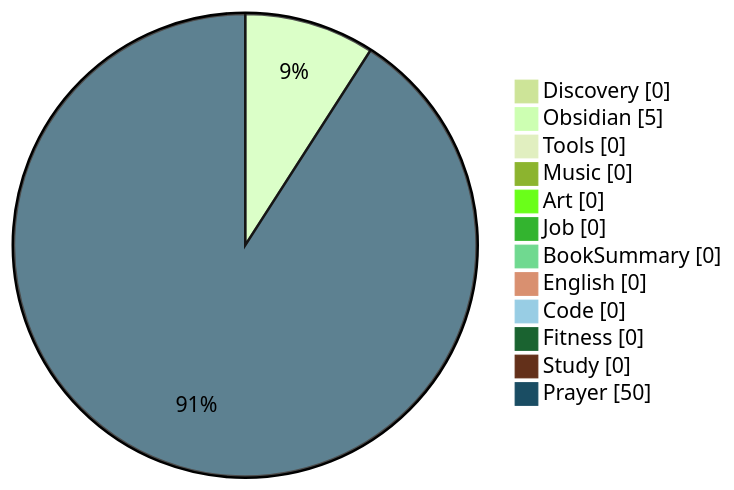
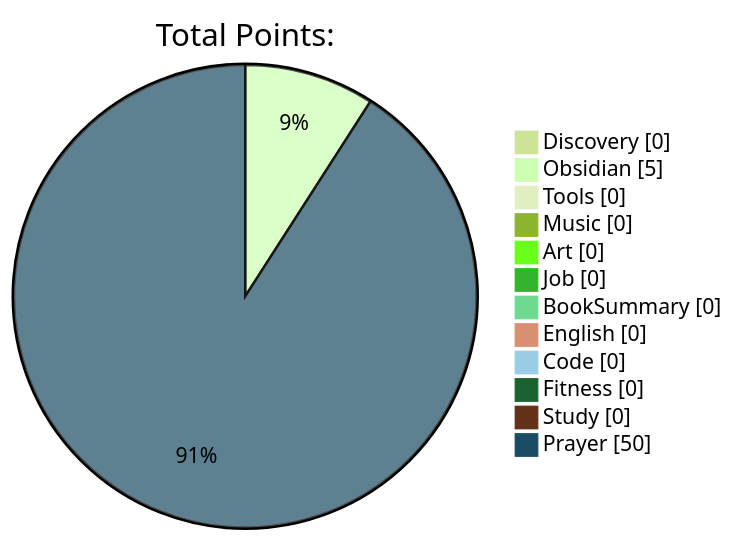
Before and after one commit to yahyaqr/personal-obsidian-pkms: the diagram in 5000 Work Focus Log/2022 - 11/2022-11-01.md, drawn with Mermaid (forest theme). The commit also changed other lines of this file, not shown here.

Commit message:
vault backup: 2022-11-01 13:05:46

````diff
--- a/5000 Work Focus Log/2022 - 11/2022-11-01.md
+++ b/5000 Work Focus Log/2022 - 11/2022-11-01.md
@@ -73,15 +53,15 @@
 ```mermaid
-pie showData
-"Discovery" : 0
-"Obsidian" : 5
-"Tools" : 0
-"Music" : 0
-"Art" : 0
-"Job" : 0
-"BookSummary" : 0
-"English" : 0
-"Code" : 0
-"Fitness": 0
-"Study" : 0
-"Prayer" : 50
+	pie showData title Total Points: 
+	"Discovery" : 0
+	"Obsidian" : 5
+	"Tools" : 0
+	"Music" : 0
+	"Art" : 0
+		"Job" : 0
+		"BookSummary" : 0
+			"English" : 0
+			"Code" : 0
+			"Fitness": 0
+			"Study" : 0
+			"Prayer" : 50
 ```
````
